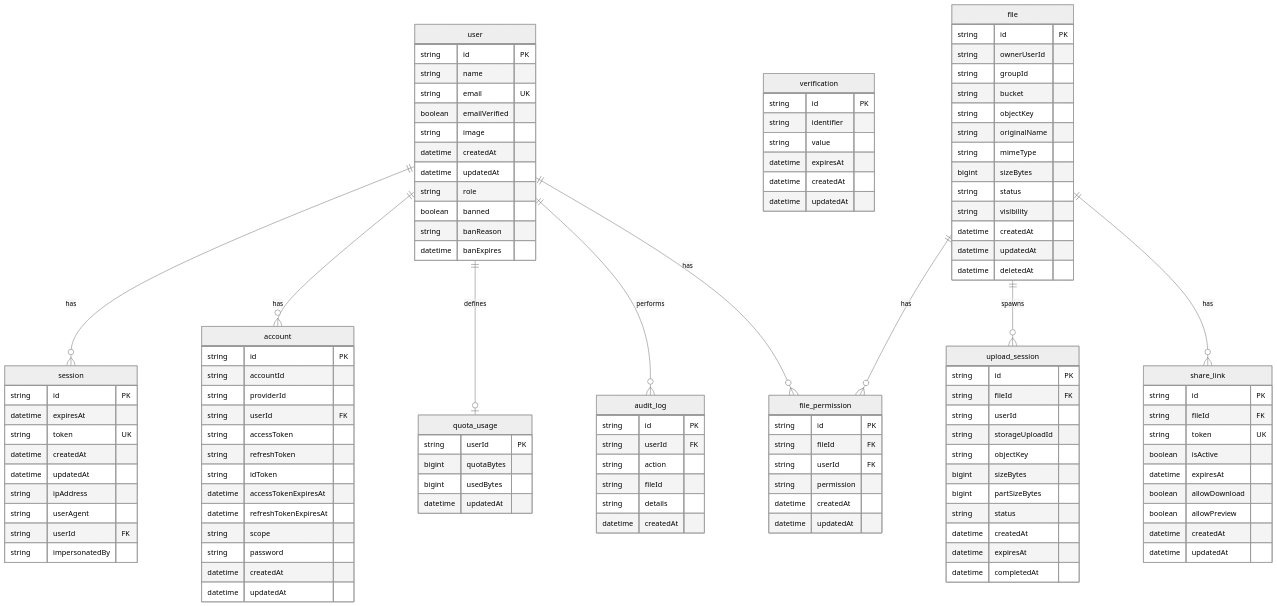
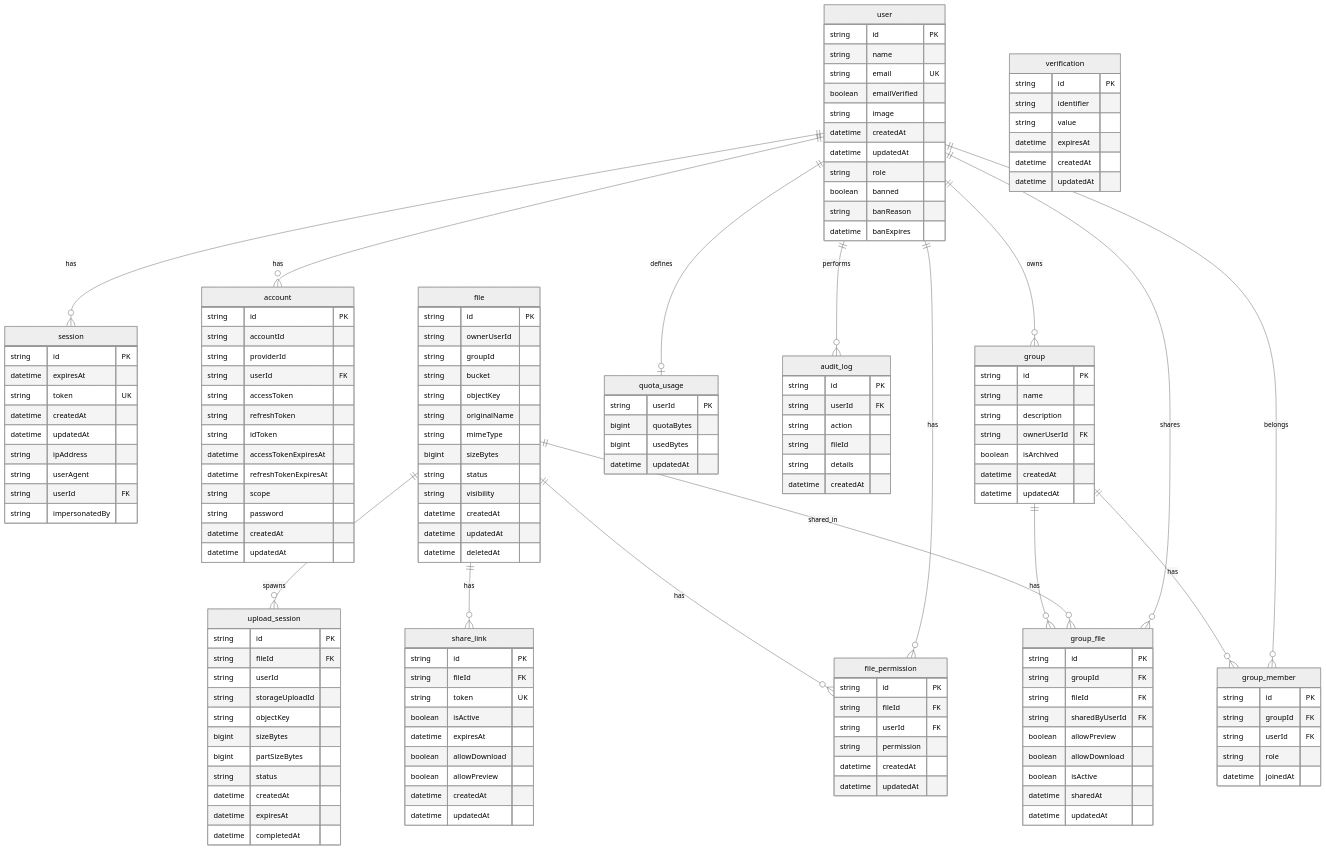
One commit to Tirth1410/File-Storage-System changed the first of 3 diagrams in PROJECT.md. Above: the diagram before and after it, drawn with Mermaid (neutral theme). The commit also changed other lines of this file and 16 other files, not shown here.

First line of the commit message:
feat: implement group sharing and role-based membership

````diff
--- a/PROJECT.md
+++ b/PROJECT.md
@@ -300,13 +315,46 @@
         datetime createdAt
         datetime updatedAt
     }
+    group {
+        string id PK
+        string name
+        string description
+        string ownerUserId FK
+        boolean isArchived
+        datetime createdAt
+        datetime updatedAt
+    }
+    group_member {
+        string id PK
+        string groupId FK
+        string userId FK
+        string role
+        datetime joinedAt
+    }
+    group_file {
+        string id PK
+        string groupId FK
+        string fileId FK
+        string sharedByUserId FK
+        boolean allowPreview
+        boolean allowDownload
+        boolean isActive
+        datetime sharedAt
+        datetime updatedAt
+    }
 
     user ||--o{ session : "has"
     user ||--o{ account : "has"
     user ||--o| quota_usage : "defines"
     user ||--o{ audit_log : "performs"
     user ||--o{ file_permission : "has"
+    user ||--o{ group : "owns"
+    user ||--o{ group_member : "belongs"
+    user ||--o{ group_file : "shares"
     file ||--o{ upload_session : "spawns"
     file ||--o{ share_link : "has"
     file ||--o{ file_permission : "has"
+    file ||--o{ group_file : "shared_in"
+    group ||--o{ group_member : "has"
+    group ||--o{ group_file : "has"
 ```
````
